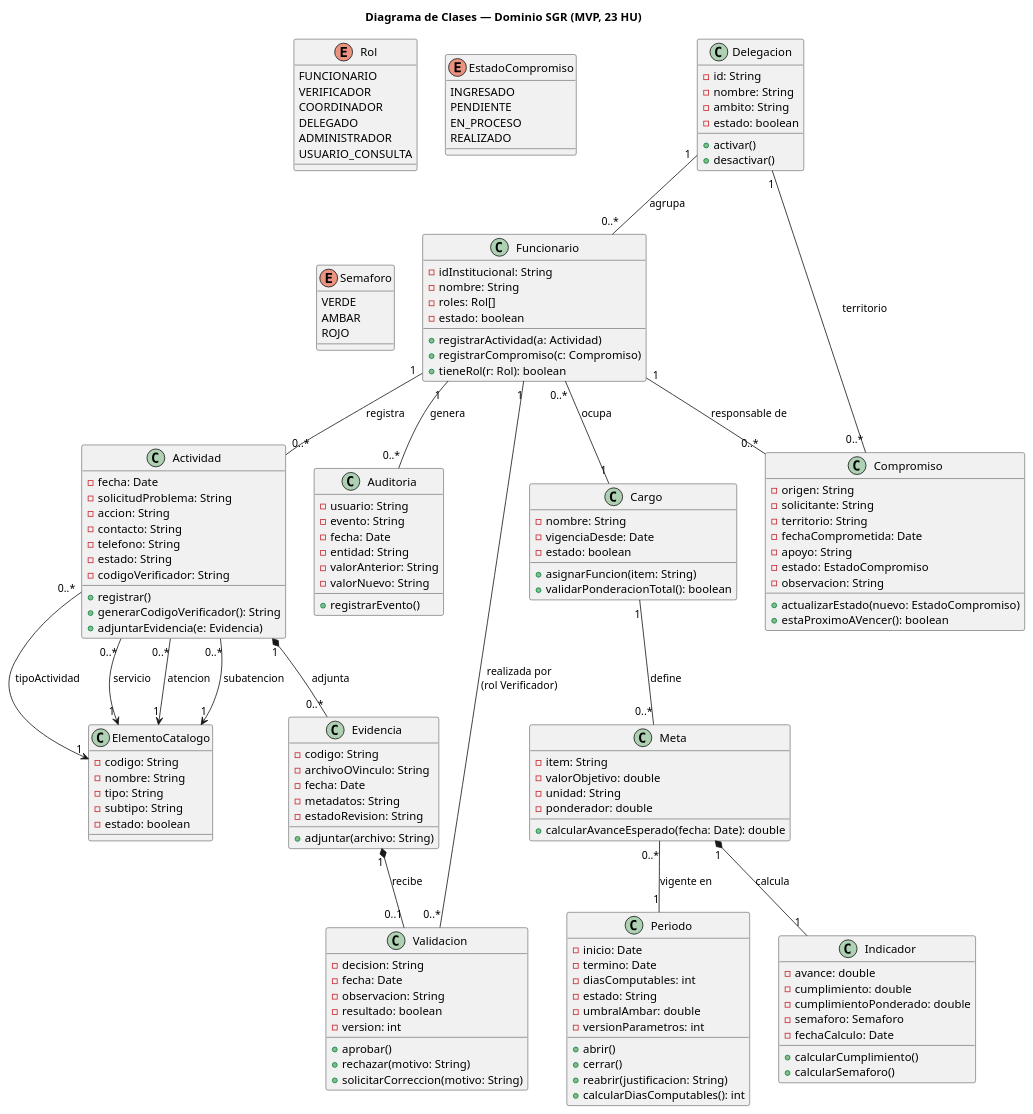
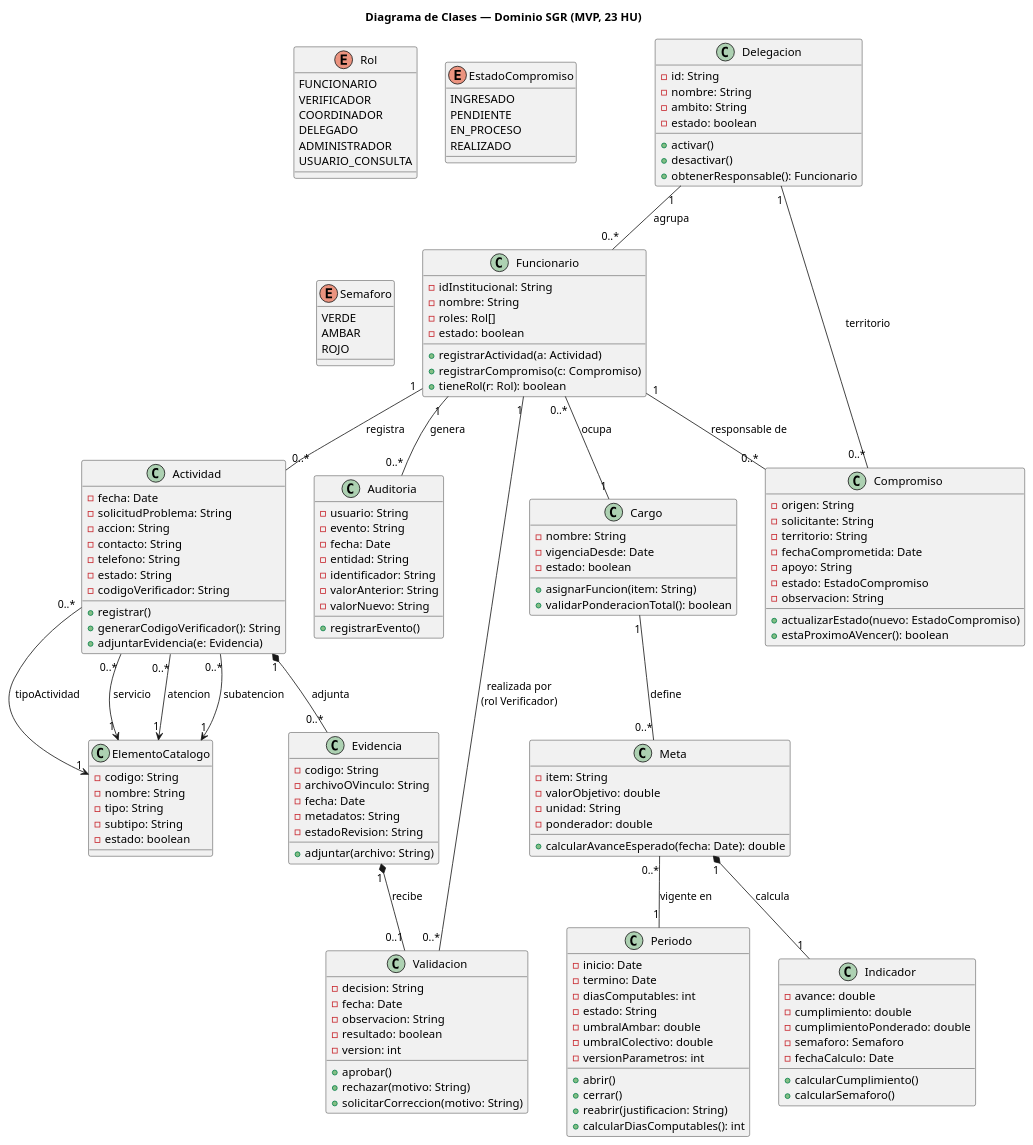
The diagram in assets/actividad-3/clases-dominio.puml (Ren-reno/ev1), drawn with PlantUML before and after one commit. The commit also changed 3 other files, not shown here.

First line of the commit message:
Diagrama de clases: responsable de Delegación, identificador en Auditoría, umbral colectivo en Período

```diff
--- a/assets/actividad-3/clases-dominio.puml
+++ b/assets/actividad-3/clases-dominio.puml
@@ -1,164 +1,167 @@
 @startuml clases-dominio
 title Diagrama de Clases — Dominio SGR (MVP, 23 HU)
 
 enum Rol {
   FUNCIONARIO
   VERIFICADOR
   COORDINADOR
   DELEGADO
   ADMINISTRADOR
   USUARIO_CONSULTA
 }
 
 enum EstadoCompromiso {
   INGRESADO
   PENDIENTE
   EN_PROCESO
   REALIZADO
 }
 
 enum Semaforo {
   VERDE
   AMBAR
   ROJO
 }
 
 class Delegacion {
   -id: String
   -nombre: String
   -ambito: String
   -estado: boolean
   +activar()
   +desactivar()
+  +obtenerResponsable(): Funcionario
 }
 
 class Cargo {
   -nombre: String
   -vigenciaDesde: Date
   -estado: boolean
   +asignarFuncion(item: String)
   +validarPonderacionTotal(): boolean
 }
 
 class Funcionario {
   -idInstitucional: String
   -nombre: String
   -roles: Rol[]
   -estado: boolean
   +registrarActividad(a: Actividad)
   +registrarCompromiso(c: Compromiso)
   +tieneRol(r: Rol): boolean
 }
 
 class Periodo {
   -inicio: Date
   -termino: Date
   -diasComputables: int
   -estado: String
   -umbralAmbar: double
+  -umbralColectivo: double
   -versionParametros: int
   +abrir()
   +cerrar()
   +reabrir(justificacion: String)
   +calcularDiasComputables(): int
 }
 
 class Meta {
   -item: String
   -valorObjetivo: double
   -unidad: String
   -ponderador: double
   +calcularAvanceEsperado(fecha: Date): double
 }
 
 class ElementoCatalogo {
   -codigo: String
   -nombre: String
   -tipo: String
   -subtipo: String
   -estado: boolean
 }
 
 class Actividad {
   -fecha: Date
   -solicitudProblema: String
   -accion: String
   -contacto: String
   -telefono: String
   -estado: String
   -codigoVerificador: String
   +registrar()
   +generarCodigoVerificador(): String
   +adjuntarEvidencia(e: Evidencia)
 }
 
 class Compromiso {
   -origen: String
   -solicitante: String
   -territorio: String
   -fechaComprometida: Date
   -apoyo: String
   -estado: EstadoCompromiso
   -observacion: String
   +actualizarEstado(nuevo: EstadoCompromiso)
   +estaProximoAVencer(): boolean
 }
 
 class Evidencia {
   -codigo: String
   -archivoOVinculo: String
   -fecha: Date
   -metadatos: String
   -estadoRevision: String
   +adjuntar(archivo: String)
 }
 
 class Validacion {
   -decision: String
   -fecha: Date
   -observacion: String
   -resultado: boolean
   -version: int
   +aprobar()
   +rechazar(motivo: String)
   +solicitarCorreccion(motivo: String)
 }
 
 class Indicador {
   -avance: double
   -cumplimiento: double
   -cumplimientoPonderado: double
   -semaforo: Semaforo
   -fechaCalculo: Date
   +calcularCumplimiento()
   +calcularSemaforo()
 }
 
 class Auditoria {
   -usuario: String
   -evento: String
   -fecha: Date
   -entidad: String
+  -identificador: String
   -valorAnterior: String
   -valorNuevo: String
   +registrarEvento()
 }
 
 Delegacion "1" -- "0..*" Funcionario : agrupa
 Funcionario "0..*" -- "1" Cargo : ocupa
 Cargo "1" -- "0..*" Meta : define
 Meta "0..*" -- "1" Periodo : vigente en
 Funcionario "1" -- "0..*" Actividad : registra
 Actividad "0..*" --> "1" ElementoCatalogo : tipoActividad
 Actividad "0..*" --> "1" ElementoCatalogo : servicio
 Actividad "0..*" --> "1" ElementoCatalogo : atencion
 Actividad "0..*" --> "1" ElementoCatalogo : subatencion
 Actividad "1" *-- "0..*" Evidencia : adjunta
 Evidencia "1" *-- "0..1" Validacion : recibe
 Validacion "0..*" -- "1" Funcionario : realizada por\n(rol Verificador)
 Funcionario "1" -- "0..*" Compromiso : responsable de
 Compromiso "0..*" -- "1" Delegacion : territorio
 Meta "1" *-- "1" Indicador : calcula
 Funcionario "1" -- "0..*" Auditoria : genera
 
 @enduml
```
